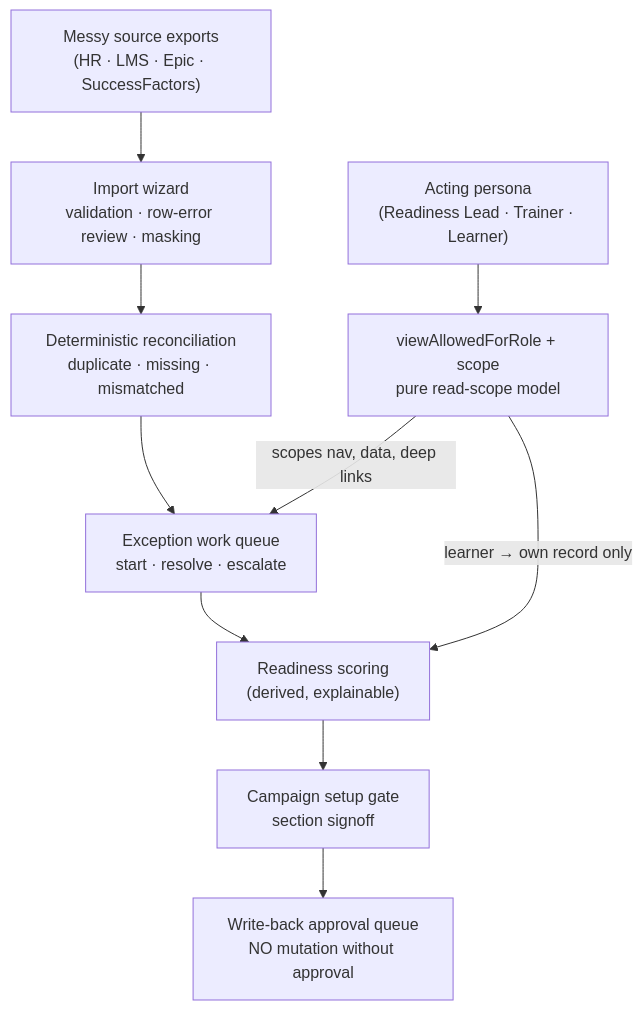
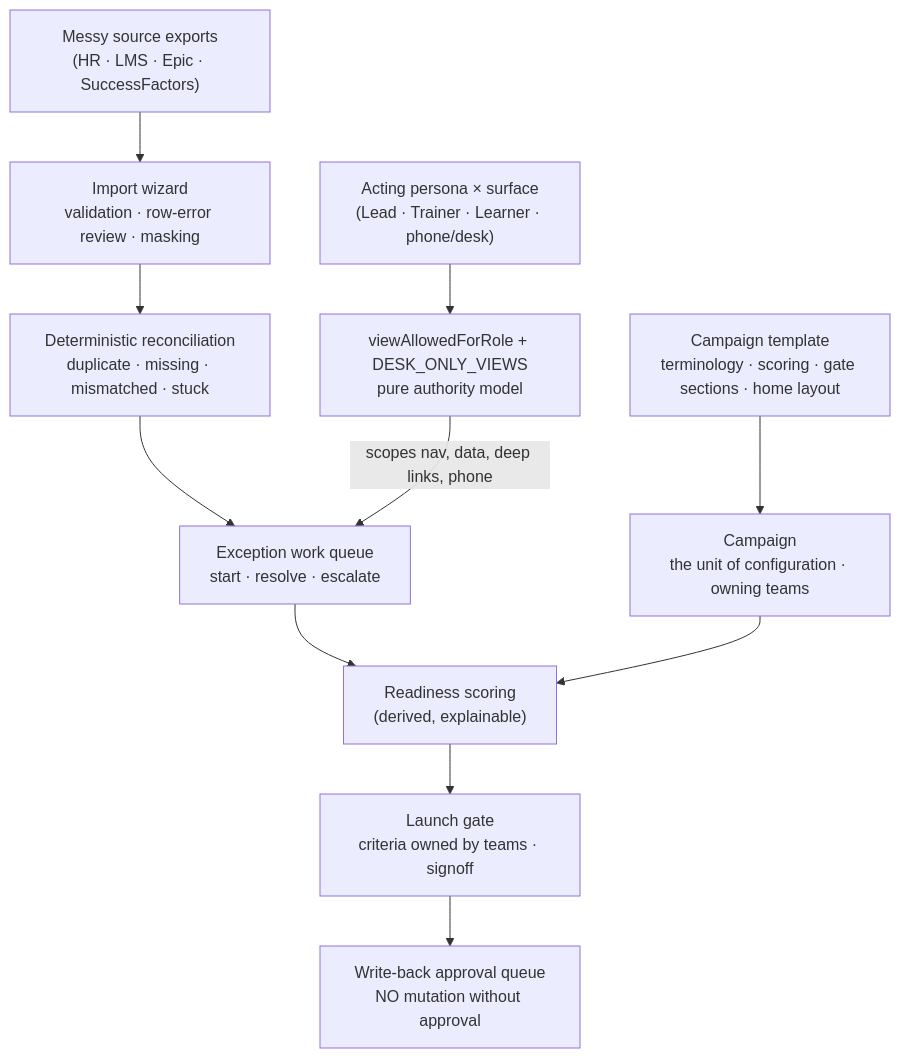
The diagram in README.md (garthpuckerin/ops-command-center-showcase), drawn with Mermaid before and after one commit. The commit also changed other lines of this file and 8 other files, not shown here.

````diff
--- a/README.md
+++ b/README.md
@@ -67,12 +91,13 @@
 ```mermaid
 flowchart TD
+    TPL["Campaign template<br/>terminology · scoring · gate sections · home layout"] --> CAMP["Campaign<br/>the unit of configuration · owning teams"]
     SRC["Messy source exports<br/>(HR · LMS · Epic · SuccessFactors)"] --> IMP["Import wizard<br/>validation · row-error review · masking"]
-    IMP --> REC["Deterministic reconciliation<br/>duplicate · missing · mismatched"]
+    IMP --> REC["Deterministic reconciliation<br/>duplicate · missing · mismatched · stuck"]
     REC --> EXC["Exception work queue<br/>start · resolve · escalate"]
     EXC --> SCORE["Readiness scoring<br/>(derived, explainable)"]
-    SCORE --> GATE["Campaign setup gate<br/>section signoff"]
+    CAMP --> SCORE
+    SCORE --> GATE["Launch gate<br/>criteria owned by teams · signoff"]
     GATE --> WB["Write-back approval queue<br/>NO mutation without approval"]
-    ROLE["Acting persona<br/>(Readiness Lead · Trainer · Learner)"] --> RBAC["viewAllowedForRole + scope<br/>pure read-scope model"]
-    RBAC -->|"scopes nav, data, deep links"| EXC
-    RBAC -->|"learner → own record only"| SCORE
+    ROLE["Acting persona × surface<br/>(Lead · Trainer · Learner · phone/desk)"] --> RBAC["viewAllowedForRole + DESK_ONLY_VIEWS<br/>pure authority model"]
+    RBAC -->|"scopes nav, data, deep links, phone"| EXC
 ```
````
